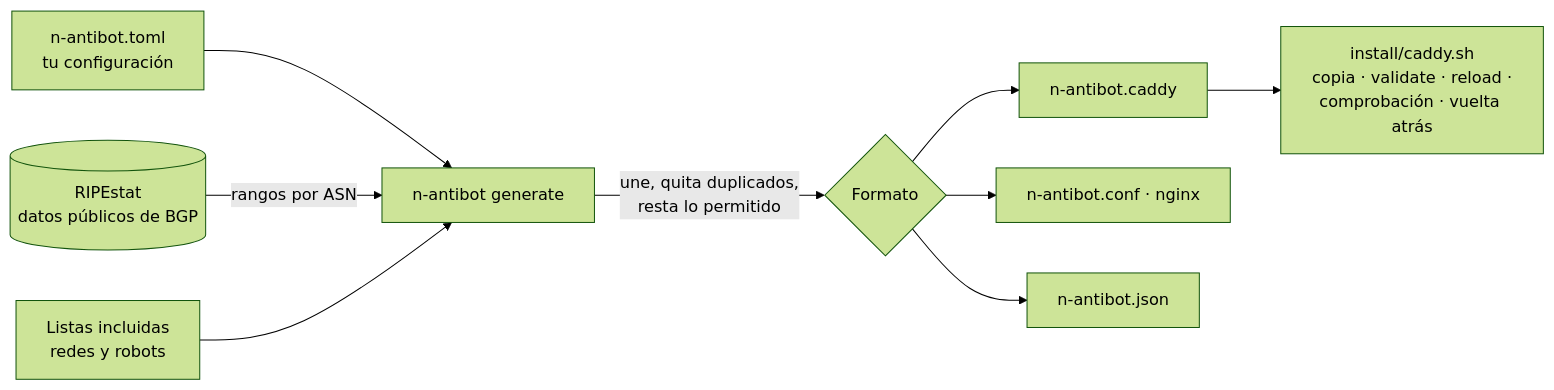
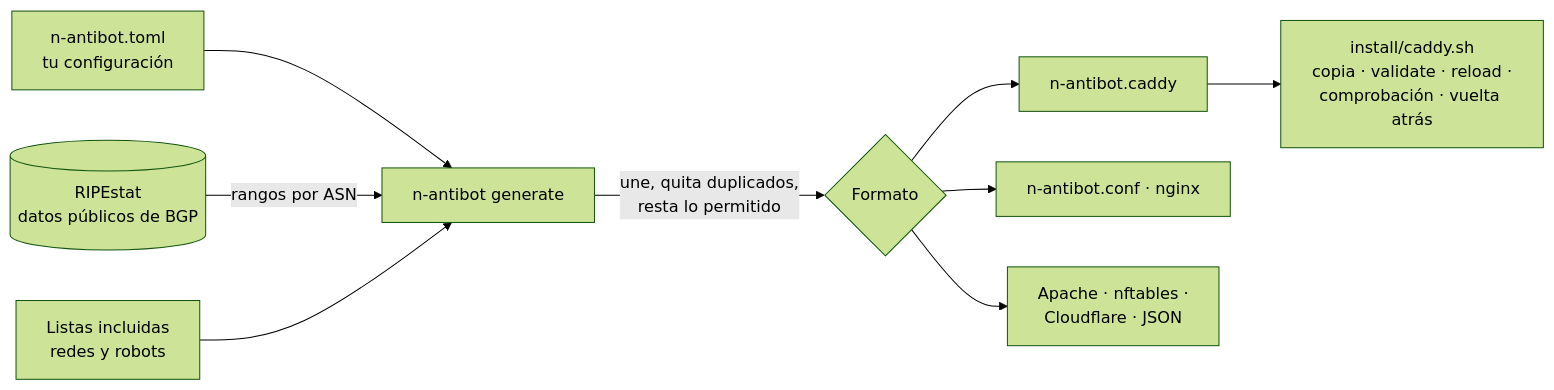
Before and after one commit to KrilinZ/N-antibot: the diagram in README.md, drawn with Mermaid (forest theme). The commit also changed other lines of this file and 20 other files, not shown here.

````diff
--- a/README.md
+++ b/README.md
@@ -106,11 +111,11 @@
 ```mermaid
 flowchart LR
     A[n-antibot.toml<br/>tu configuración] --> B[n-antibot generate]
     R[(RIPEstat<br/>datos públicos de BGP)] -->|rangos por ASN| B
     P[Listas incluidas<br/>redes y robots] --> B
     B -->|une, quita duplicados,<br/>resta lo permitido| C{Formato}
     C --> D[n-antibot.caddy]
     C --> E[n-antibot.conf · nginx]
-    C --> F[n-antibot.json]
+    C --> F[Apache · nftables ·<br/>Cloudflare · JSON]
     D --> G[install/caddy.sh<br/>copia · validate · reload ·<br/>comprobación · vuelta atrás]
 ```
````
